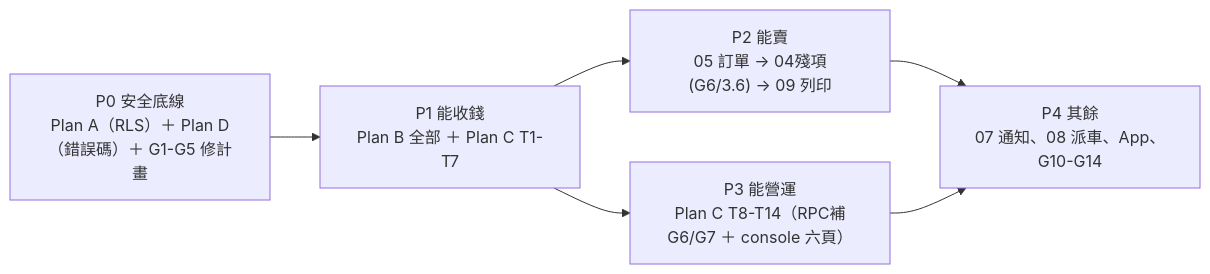
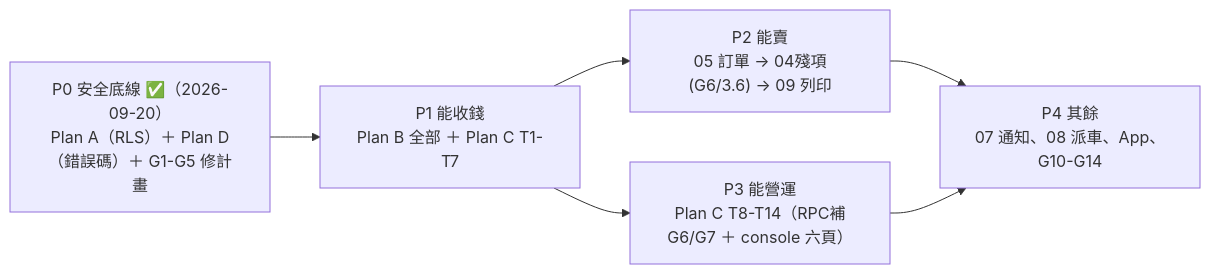
One commit to sw-ssd/sales-order-dispatch changed the diagram in docs/superpowers/plans/2026-09-20-implementation-order.md. Above: the diagram before and after it, drawn with Mermaid. The commit also changed other lines of this file and 5 other files, not shown here.

````diff
--- a/docs/superpowers/plans/2026-09-20-implementation-order.md
+++ b/docs/superpowers/plans/2026-09-20-implementation-order.md
@@ -44,8 +44,8 @@
 ```mermaid
 flowchart LR
-    P0["P0 安全底線<br/>Plan A（RLS）＋ Plan D（錯誤碼）＋ G1-G5 修計畫"] --> P1["P1 能收錢<br/>Plan B 全部 ＋ Plan C T1-T7"]
+    P0["P0 安全底線 ✅（2026-09-20）<br/>Plan A（RLS）＋ Plan D（錯誤碼）＋ G1-G5 修計畫"] --> P1["P1 能收錢<br/>Plan B 全部 ＋ Plan C T1-T7"]
     P1 --> P2["P2 能賣<br/>05 訂單 → 04殘項(G6/3.6) → 09 列印"]
     P1 --> P3["P3 能營運<br/>Plan C T8-T14（RPC補G6/G7 ＋ console 六頁）"]
     P2 --> P4["P4 其餘<br/>07 通知、08 派車、App、G10-G14"]
     P3 --> P4
 ```
````
